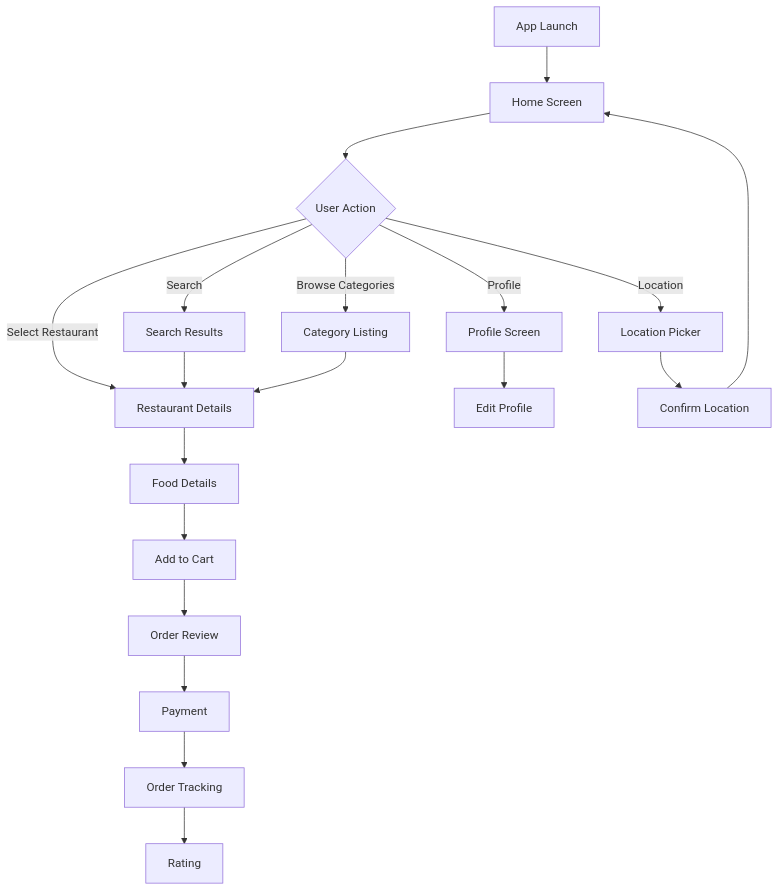
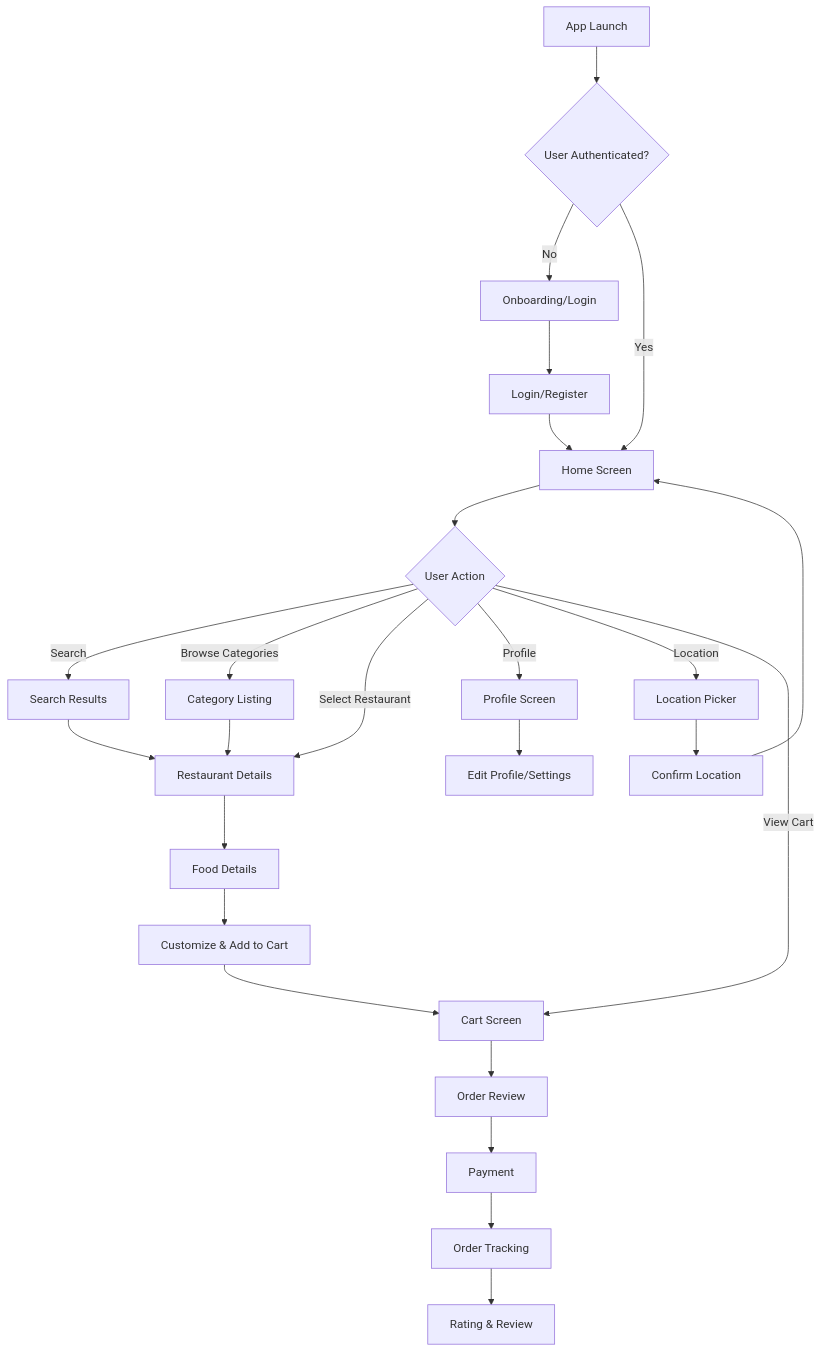
Before and after one commit to prasadrzl/TastyBuds: the diagram in README.md, drawn with Mermaid. The commit also changed other lines of this file, not shown here.

````diff
--- a/README.md
+++ b/README.md
@@ -113,24 +142,32 @@
 ```mermaid
 graph TD
-    A[App Launch] --> B[Home Screen]
-    B --> C{User Action}
+    A[App Launch] --> B{User Authenticated?}
+    B -->|No| C[Onboarding/Login]
+    B -->|Yes| D[Home Screen]
     
-    C -->|Search| D[Search Results]
-    C -->|Browse Categories| E[Category Listing]
-    C -->|Select Restaurant| F[Restaurant Details]
-    C -->|Profile| G[Profile Screen]
-    C -->|Location| H[Location Picker]
+    C --> E[Login/Register]
+    E --> D
     
-    D --> F
-    E --> F
-    F --> I[Food Details]
-    I --> J[Add to Cart]
-    J --> K[Order Review]
-    K --> L[Payment]
-    L --> M[Order Tracking]
-    M --> N[Rating]
+    D --> F{User Action}
     
-    G --> O[Edit Profile]
-    H --> P[Confirm Location]
-    P --> B
+    F -->|Search| G[Search Results]
+    F -->|Browse Categories| H[Category Listing]
+    F -->|Select Restaurant| I[Restaurant Details]
+    F -->|Profile| J[Profile Screen]
+    F -->|Location| K[Location Picker]
+    F -->|View Cart| L[Cart Screen]
+    
+    G --> I
+    H --> I
+    I --> M[Food Details]
+    M --> N[Customize & Add to Cart]
+    N --> L
+    L --> O[Order Review]
+    O --> P[Payment]
+    P --> Q[Order Tracking]
+    Q --> R[Rating & Review]
+    
+    J --> S[Edit Profile/Settings]
+    K --> T[Confirm Location]
+    T --> D
 ```
````
